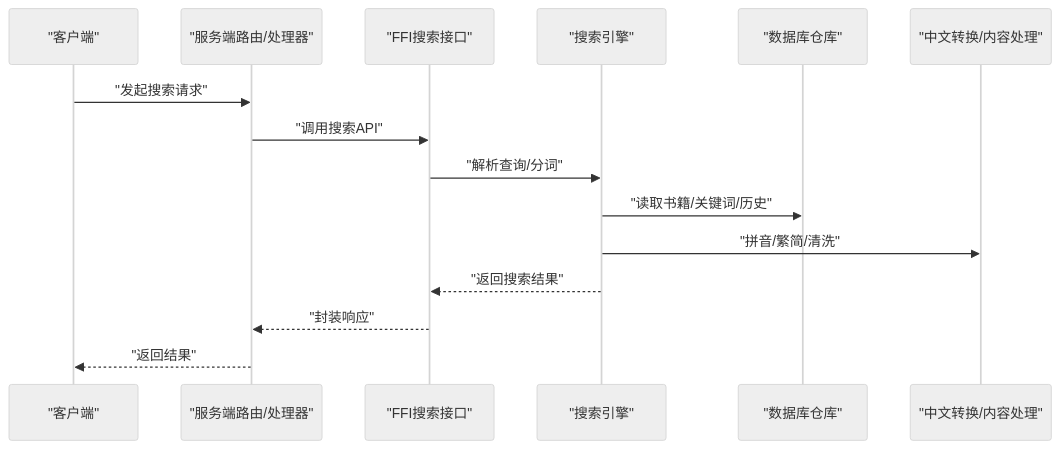
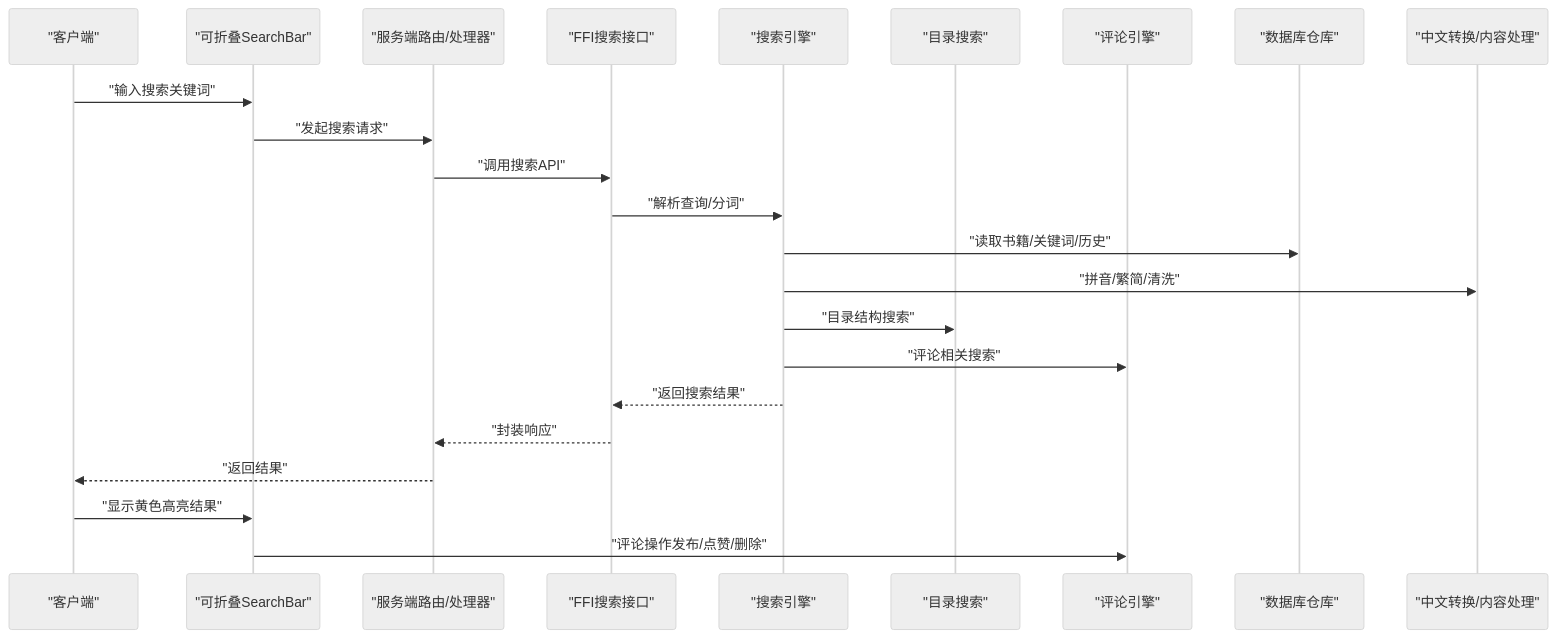
One commit to ZhangGHGitHub/LegadoTeamFlutter changed the second of 4 diagrams in .qoder/repowiki/zh/content/搜索功能/搜索功能.md. Above: the diagram before and after it, drawn with Mermaid (neutral theme). The commit also changed other lines of this file and 269 other files, not shown here.

````diff
--- a/.qoder/repowiki/zh/content/搜索功能/搜索功能.md
+++ b/.qoder/repowiki/zh/content/搜索功能/搜索功能.md
@@ -144,17 +169,25 @@
 ```mermaid
 sequenceDiagram
 participant Client as "客户端"
+participant UI as "可折叠SearchBar"
 participant Server as "服务端路由/处理器"
 participant FFI as "FFI搜索接口"
 participant Engine as "搜索引擎"
+participant DirSearch as "目录搜索"
+participant CommentEngine as "评论引擎"
 participant DB as "数据库仓库"
 participant Convert as "中文转换/内容处理"
-Client->>Server : "发起搜索请求"
+Client->>UI : "输入搜索关键词"
+UI->>Server : "发起搜索请求"
 Server->>FFI : "调用搜索API"
 FFI->>Engine : "解析查询/分词"
 Engine->>DB : "读取书籍/关键词/历史"
 Engine->>Convert : "拼音/繁简/清洗"
+Engine->>DirSearch : "目录结构搜索"
+Engine->>CommentEngine : "评论相关搜索"
 Engine-->>FFI : "返回搜索结果"
 FFI-->>Server : "封装响应"
 Server-->>Client : "返回结果"
+Client->>UI : "显示黄色高亮结果"
+UI->>CommentEngine : "评论操作发布/点赞/删除"
 ```
````
